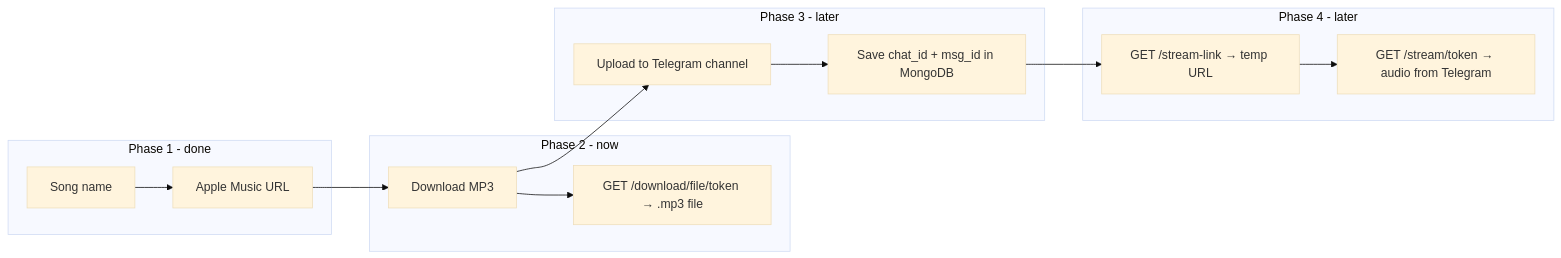
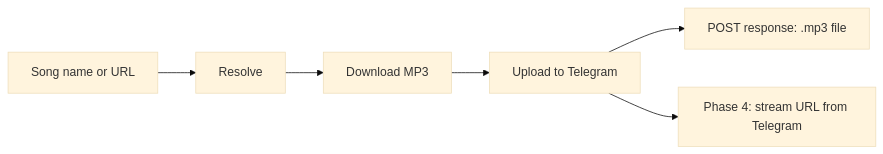
One commit to maharsh-tech/vynl-streaming changed the diagram in docs/PHASE2.md. Above: the diagram before and after it, drawn with Mermaid (base theme). The commit also changed other lines of this file and 9 other files, not shown here.

Commit message:
refactor: download uploads to telegram and returns mp3 file directly

````diff
--- a/docs/PHASE2.md
+++ b/docs/PHASE2.md
@@ -22,21 +20,8 @@
 ```mermaid
 flowchart LR
-    subgraph phase1 [Phase 1 - done]
-        A[Song name] --> B[Apple Music URL]
-    end
-
-    subgraph phase2 [Phase 2 - now]
-        B --> C[Download MP3]
-        C --> D["GET /download/file/token → .mp3 file"]
-    end
-
-    subgraph phase3 [Phase 3 - later]
-        C --> E[Upload to Telegram channel]
-        E --> F[Save chat_id + msg_id in MongoDB]
-    end
-
-    subgraph phase4 [Phase 4 - later]
-        F --> G["GET /stream-link → temp URL"]
-        G --> H["GET /stream/token → audio from Telegram"]
-    end
+    A[Song name or URL] --> B[Resolve]
+    B --> C[Download MP3]
+    C --> D[Upload to Telegram]
+    D --> E["POST response: .mp3 file"]
+    D --> F["Phase 4: stream URL from Telegram"]
 ```
````
